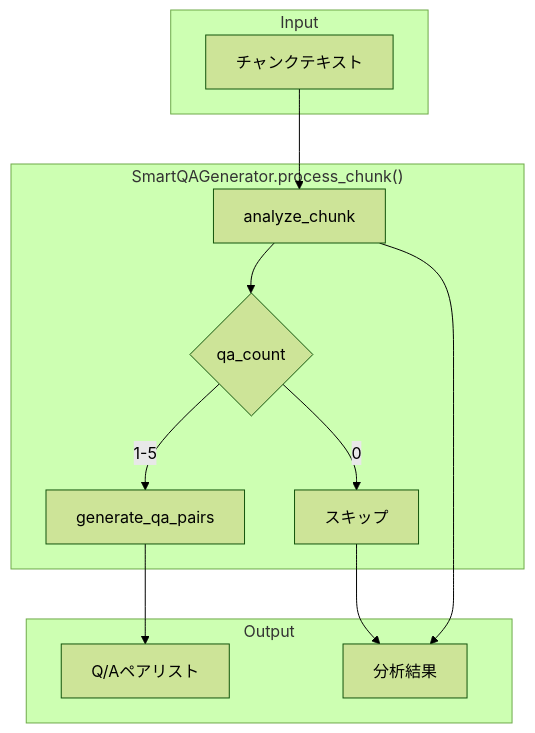
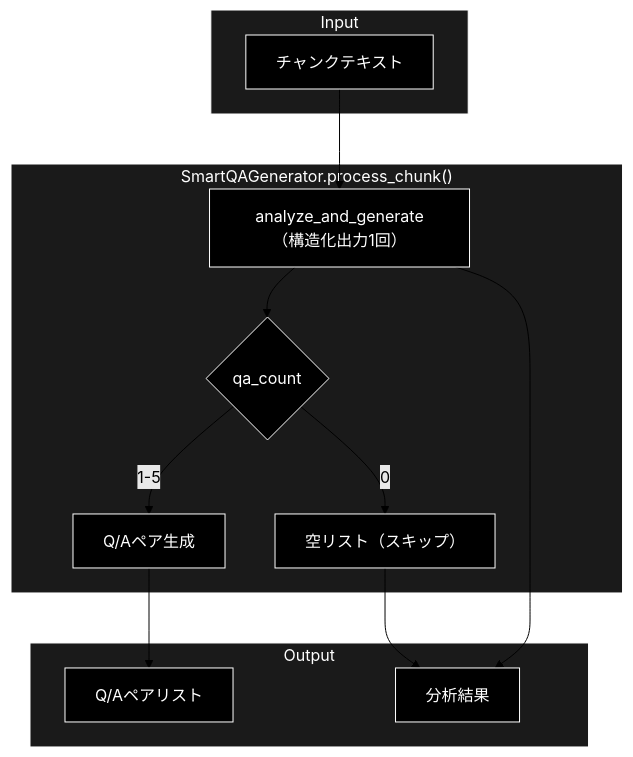
One commit to nakashima2toshio/ollama_grace_agent_v2 changed the second of 6 diagrams in qa_generation/doc/smart_qa_generator.md. Above: the diagram before and after it, drawn with Mermaid (forest theme). The commit also changed other lines of this file and 7 other files, not shown here.

````diff
--- a/qa_generation/doc/smart_qa_generator.md
+++ b/qa_generation/doc/smart_qa_generator.md
@@ -141,26 +135,32 @@
 ```mermaid
 graph TB
-    subgraph Input
-        A[チャンクテキスト]
+    subgraph Input["Input"]
+        A["チャンクテキスト"]
     end
 
-    subgraph "SmartQAGenerator.process_chunk()"
-        B[analyze_chunk]
-        C{qa_count}
-        D[generate_qa_pairs]
-        E[スキップ]
+    subgraph Proc["SmartQAGenerator.process_chunk()"]
+        B["analyze_and_generate（構造化出力1回）"]
+        C{"qa_count"}
+        D["Q/Aペア生成"]
+        E["空リスト（スキップ）"]
     end
 
-    subgraph Output
-        F[Q/Aペアリスト]
-        G[分析結果]
+    subgraph Output["Output"]
+        F["Q/Aペアリスト"]
+        G["分析結果"]
     end
 
     A --> B
     B --> C
-    C -->|0| E
-    C -->|1-5| D
+    C -->|"0"| E
+    C -->|"1-5"| D
     D --> F
     B --> G
     E --> G
+classDef default fill:#000,stroke:#fff,color:#fff
+classDef subgraphStyle fill:#1a1a1a,stroke:#fff,color:#fff
+class A,B,C,D,E,F,G default
+style Input fill:#1a1a1a,stroke:#fff,color:#fff
+style Proc fill:#1a1a1a,stroke:#fff,color:#fff
+style Output fill:#1a1a1a,stroke:#fff,color:#fff
 ```
````
